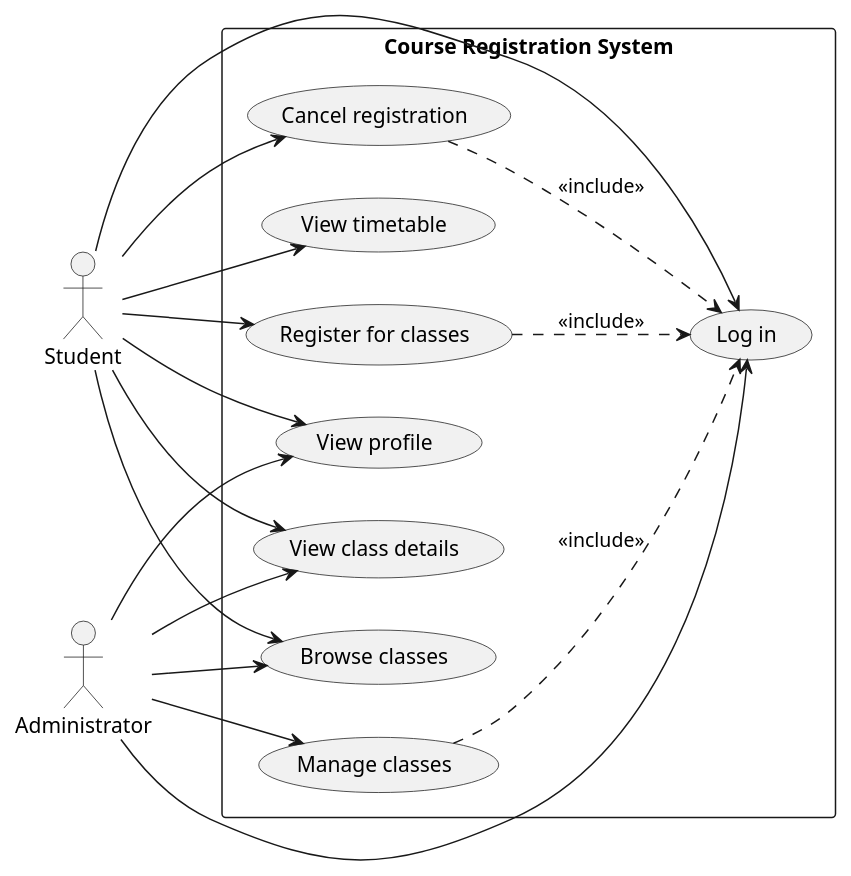
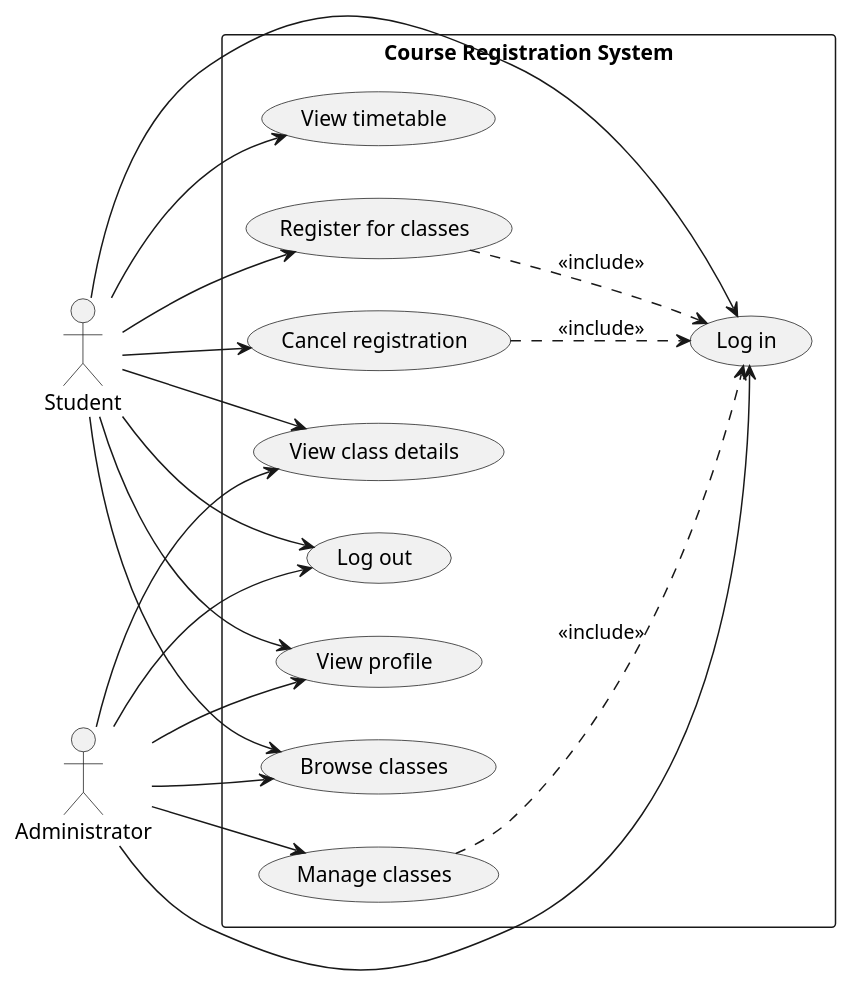
Before and after one commit to Akapi895/course-registration: the diagram in docs/diagrams/use-case/use-case.puml, drawn with PlantUML. The commit also changed 8 other files, not shown here.

Commit message:
docs: align diagrams with 12 API endpoints and exact schema constraints

```diff
--- a/docs/diagrams/use-case/use-case.puml
+++ b/docs/diagrams/use-case/use-case.puml
@@ -1,36 +1,39 @@
 @startuml
 left to right direction
 skinparam packageStyle rectangle
 
 actor "Student" as student
 actor "Administrator" as admin
 
 rectangle "Course Registration System" {
     usecase "Log in" as UC_login
+    usecase "Log out" as UC_logout
     usecase "View profile" as UC_profile
     usecase "Browse classes" as UC_browse
     usecase "View class details" as UC_details
     usecase "Register for classes" as UC_register
     usecase "Cancel registration" as UC_cancel
     usecase "View timetable" as UC_schedule
     usecase "Manage classes" as UC_manage
 }
 
 student --> UC_login
+student --> UC_logout
 student --> UC_profile
 student --> UC_browse
 student --> UC_details
 student --> UC_register
 student --> UC_cancel
 student --> UC_schedule
 
 admin --> UC_login
+admin --> UC_logout
 admin --> UC_profile
 admin --> UC_browse
 admin --> UC_details
 admin --> UC_manage
 
 UC_register ..> UC_login : <<include>>
 UC_cancel ..> UC_login : <<include>>
 UC_manage ..> UC_login : <<include>>
 @enduml
```
